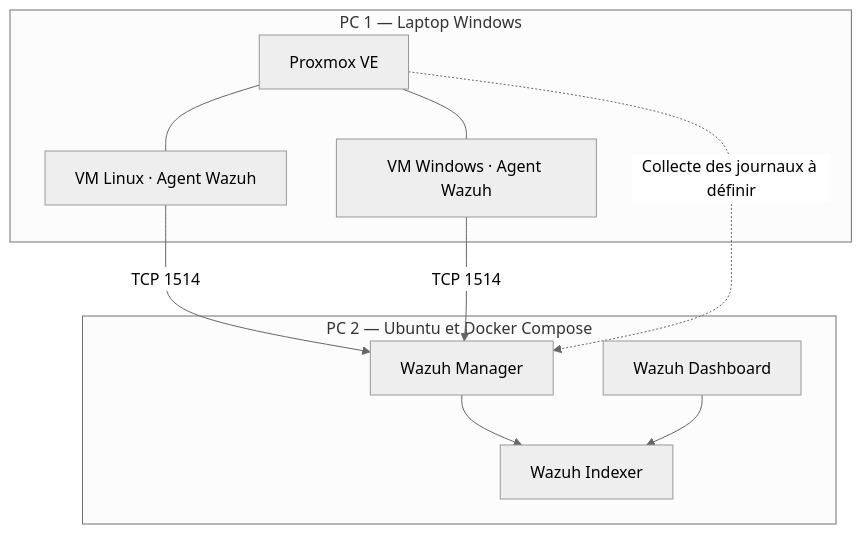
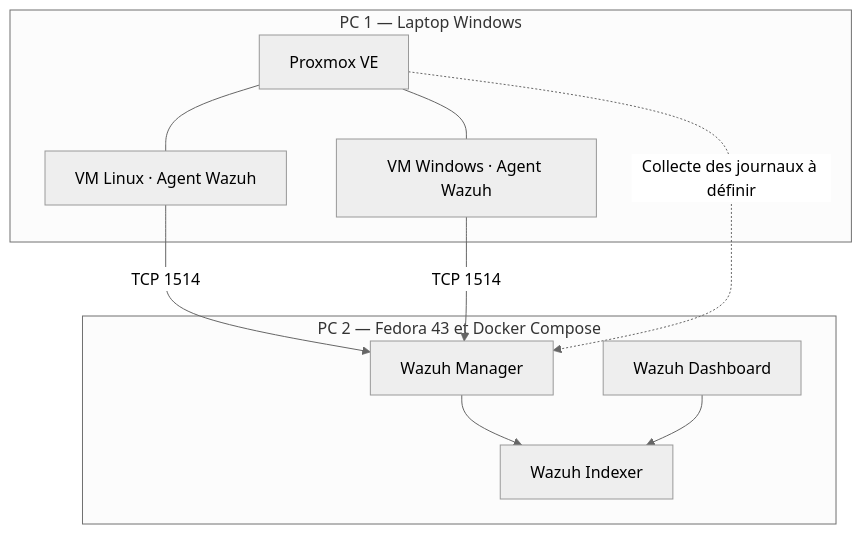
Before and after one commit to m-chemlal/Supervition_et_journalisation_infrastructure_virtualis-e: the diagram in README.md, drawn with Mermaid (neutral theme). The commit also changed other lines of this file and 7 other files, not shown here.

````diff
--- a/README.md
+++ b/README.md
@@ -13,20 +13,20 @@
 ```mermaid
 flowchart TB
     subgraph PC1["PC 1 — Laptop Windows"]
         PVE["Proxmox VE"]
         LNX["VM Linux · Agent Wazuh"]
         WIN["VM Windows · Agent Wazuh"]
         PVE --- LNX
         PVE --- WIN
     end
-    subgraph PC2["PC 2 — Ubuntu et Docker Compose"]
+    subgraph PC2["PC 2 — Fedora 43 et Docker Compose"]
         MGR["Wazuh Manager"]
         IDX["Wazuh Indexer"]
         UI["Wazuh Dashboard"]
         MGR --> IDX
         UI --> IDX
     end
     LNX -->|"TCP 1514"| MGR
     WIN -->|"TCP 1514"| MGR
     PVE -.->|"Collecte des journaux à définir"| MGR
 ```
````
